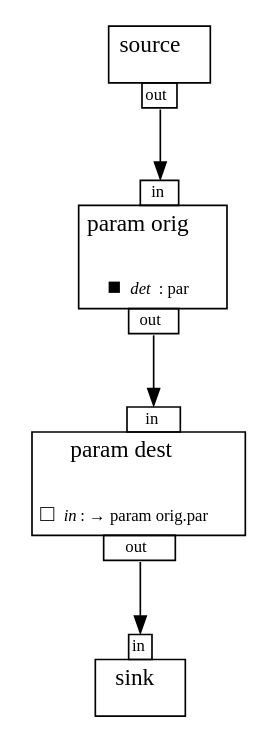
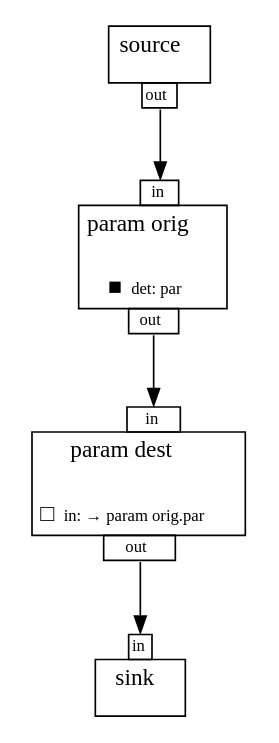
The diagram in fg.gv (dbonattoj/mf), drawn with Graphviz before and after one commit. The commit also changed 10 other files, not shown here.

```diff
--- a/fg.gv
+++ b/fg.gv
@@ -1,20 +1,20 @@
 digraph G{
 	rankdir=TB
 	filter0 [shape=plaintext label=<
 <TABLE BORDER="0" CELLBORDER="0" CELLSPACING="0" CELLPADDING="0"><TR><TD COLSPAN="1" BORDER="1" CELLPADDING="4">source<BR/><FONT POINT-SIZE="10">&nbsp;</FONT></TD></TR><TR><TD COLSPAN="1" BORDER="0"><TABLE BORDER="0" CELLBORDER="0" CELLSPACING="0" CELLPADDING="0"><TR><TD WIDTH="20"></TD><TD BORDER="1" CELLPADDING="1" PORT="out1"><FONT POINT-SIZE="10">out</FONT></TD><TD WIDTH="20"></TD></TR></TABLE></TD></TR></TABLE>
 >];
 	filter2 [shape=plaintext label=<
-<TABLE BORDER="0" CELLBORDER="0" CELLSPACING="0" CELLPADDING="0"><TR><TD WIDTH="20"></TD><TD BORDER="1" CELLPADDING="1" PORT="in3"><FONT POINT-SIZE="10">in</FONT></TD><TD WIDTH="20"></TD></TR><TR><TD COLSPAN="3" BORDER="1" CELLPADDING="4">param orig<BR/><FONT POINT-SIZE="10">&nbsp;</FONT><BR/><BR/>&#x25A0;<FONT POINT-SIZE="10"><I>det</I>: par</FONT><BR/></TD></TR><TR><TD COLSPAN="3" BORDER="0"><TABLE BORDER="0" CELLBORDER="0" CELLSPACING="0" CELLPADDING="0"><TR><TD WIDTH="20"></TD><TD BORDER="1" CELLPADDING="1" PORT="out4"><FONT POINT-SIZE="10">out</FONT></TD><TD WIDTH="20"></TD></TR></TABLE></TD></TR></TABLE>
+<TABLE BORDER="0" CELLBORDER="0" CELLSPACING="0" CELLPADDING="0"><TR><TD WIDTH="20"></TD><TD BORDER="1" CELLPADDING="1" PORT="in3"><FONT POINT-SIZE="10">in</FONT></TD><TD WIDTH="20"></TD></TR><TR><TD COLSPAN="3" BORDER="1" CELLPADDING="4">param orig<BR/><FONT POINT-SIZE="10">&nbsp;</FONT><BR/><BR/>&#x25A0;<FONT POINT-SIZE="10">det: par</FONT><BR/></TD></TR><TR><TD COLSPAN="3" BORDER="0"><TABLE BORDER="0" CELLBORDER="0" CELLSPACING="0" CELLPADDING="0"><TR><TD WIDTH="20"></TD><TD BORDER="1" CELLPADDING="1" PORT="out4"><FONT POINT-SIZE="10">out</FONT></TD><TD WIDTH="20"></TD></TR></TABLE></TD></TR></TABLE>
 >];
 	filter5 [shape=plaintext label=<
-<TABLE BORDER="0" CELLBORDER="0" CELLSPACING="0" CELLPADDING="0"><TR><TD WIDTH="20"></TD><TD BORDER="1" CELLPADDING="1" PORT="in6"><FONT POINT-SIZE="10">in</FONT></TD><TD WIDTH="20"></TD></TR><TR><TD COLSPAN="3" BORDER="1" CELLPADDING="4">param dest<BR/><FONT POINT-SIZE="10">&nbsp;</FONT><BR/><BR/>&#x25A1;<FONT POINT-SIZE="10"><I>in</I>: &#x2192; param orig.par</FONT><BR/></TD></TR><TR><TD COLSPAN="3" BORDER="0"><TABLE BORDER="0" CELLBORDER="0" CELLSPACING="0" CELLPADDING="0"><TR><TD WIDTH="20"></TD><TD BORDER="1" CELLPADDING="1" PORT="out7"><FONT POINT-SIZE="10">out</FONT></TD><TD WIDTH="20"></TD></TR></TABLE></TD></TR></TABLE>
+<TABLE BORDER="0" CELLBORDER="0" CELLSPACING="0" CELLPADDING="0"><TR><TD WIDTH="20"></TD><TD BORDER="1" CELLPADDING="1" PORT="in6"><FONT POINT-SIZE="10">in</FONT></TD><TD WIDTH="20"></TD></TR><TR><TD COLSPAN="3" BORDER="1" CELLPADDING="4">param dest<BR/><FONT POINT-SIZE="10">&nbsp;</FONT><BR/><BR/>&#x25A1;<FONT POINT-SIZE="10">in: &#x2192; param orig.par</FONT><BR/></TD></TR><TR><TD COLSPAN="3" BORDER="0"><TABLE BORDER="0" CELLBORDER="0" CELLSPACING="0" CELLPADDING="0"><TR><TD WIDTH="20"></TD><TD BORDER="1" CELLPADDING="1" PORT="out7"><FONT POINT-SIZE="10">out</FONT></TD><TD WIDTH="20"></TD></TR></TABLE></TD></TR></TABLE>
 >];
 	filter8 [shape=plaintext label=<
 <TABLE BORDER="0" CELLBORDER="0" CELLSPACING="0" CELLPADDING="0"><TR><TD WIDTH="20"></TD><TD BORDER="1" CELLPADDING="1" PORT="in9"><FONT POINT-SIZE="10">in</FONT></TD><TD WIDTH="20"></TD></TR><TR><TD COLSPAN="3" BORDER="1" CELLPADDING="4">sink<BR/><FONT POINT-SIZE="10">&nbsp;</FONT></TD></TR></TABLE>
 >];
 	filter0:out1 -> filter2:in3 [arrowhead="normal", headlabel=<>, fontsize=10, labelangle=45, labeldistance=2.0, ];
 	filter2:out4 -> filter5:in6 [arrowhead="normal", headlabel=<>, fontsize=10, labelangle=45, labeldistance=2.0, ];
 	filter5:out7 -> filter8:in9 [arrowhead="normal", headlabel=<>, fontsize=10, labelangle=45, labeldistance=2.0, ];
 	{rank=source; filter0}
 	{rank=sink; filter8}
 }
```
